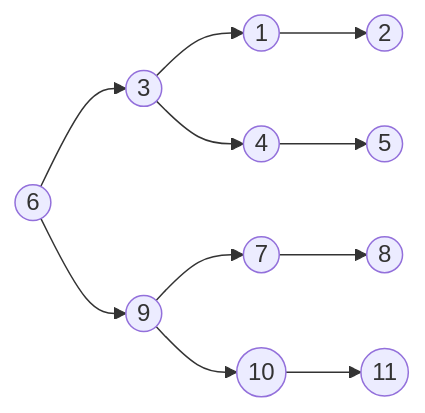
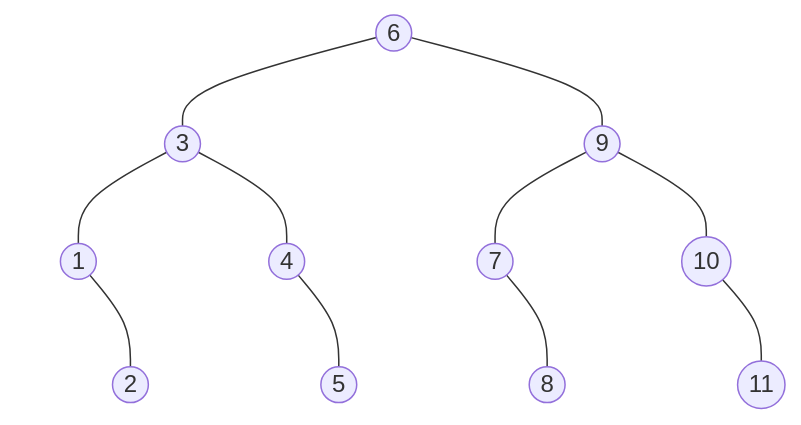
One commit to OliviaSwitch/myUniversity changed the diagram in studyProgram/algorithm/03 树/3.1 树与树的表示.md. Above: the diagram before and after it, drawn with Mermaid. The commit also changed other lines of this file, not shown here.

Commit message:
fix 3.1 树与树的表示

````diff
--- a/studyProgram/algorithm/03 树/3.1 树与树的表示.md
+++ b/studyProgram/algorithm/03 树/3.1 树与树的表示.md
@@ -68,26 +68,37 @@
 ```mermaid
-graph LR
+graph TB
     A((6))
     B((3))
     C((9))
     D((1))
     E((4))
     F((7))
     G((10))
     H((2))
     I((5))
     J((8))
     K((11))
     
-    A --> B
-    A --> C
-    B --> D
-    B --> E
-    C --> F
-    C --> G
-    D --> H
-    E --> I
-    F --> J
-    G --> K
-
+    A --- B
+    A --- C
+    B --- D
+    B --- E
+    C --- F
+    C --- G
+    D --- L(( ))
+    style L fill:#f100,stroke-width:0px
+    linkStyle 6 stroke:#0ff,stroke-width:0px;
+    D --- H
+    E --- M(( ))
+    style M fill:#f100,stroke-width:0px
+    linkStyle 8 stroke:#0ff,stroke-width:0px;
+    E --- I
+    F --- N(( ))
+    style N fill:#f100,stroke-width:0px
+    linkStyle 10 stroke:#0ff,stroke-width:0px;
+    F --- J
+    G --- O(( ))
+    style O fill:#f100,stroke-width:0px
+    linkStyle 12 stroke:#0ff,stroke-width:0px;
+    G --- K
 ```
````
